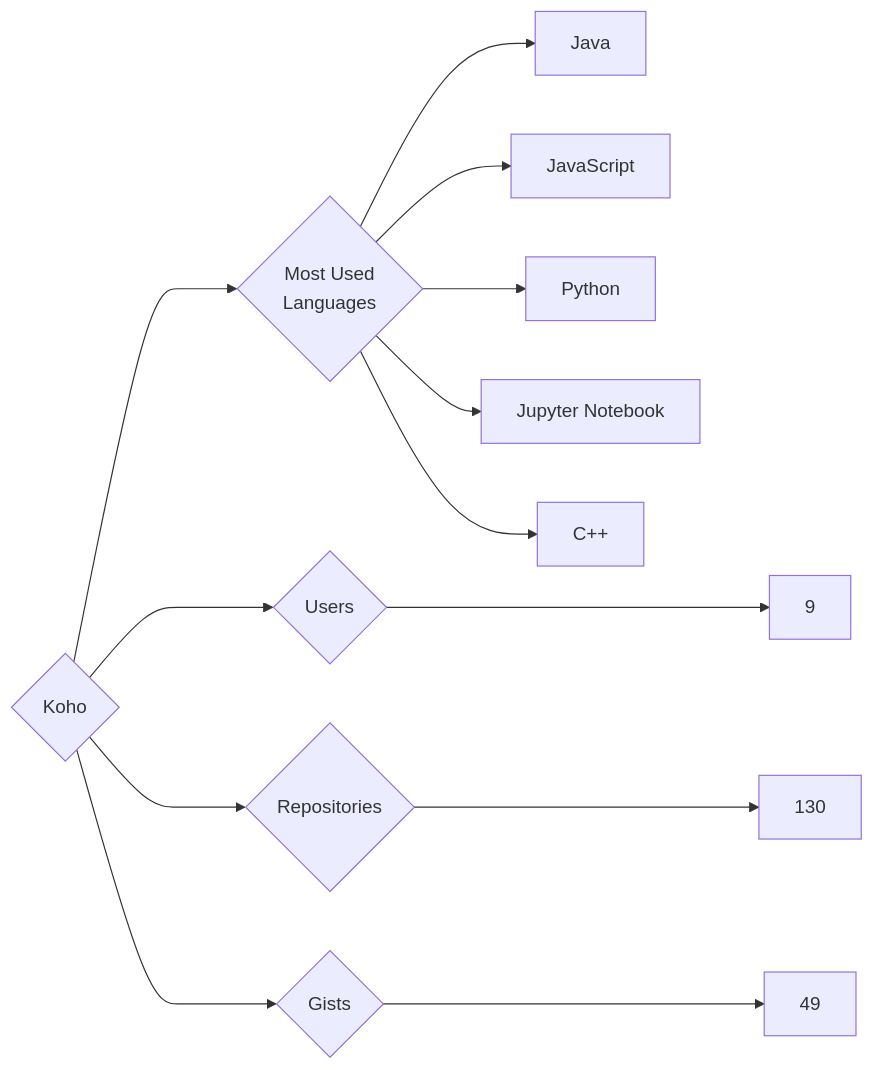
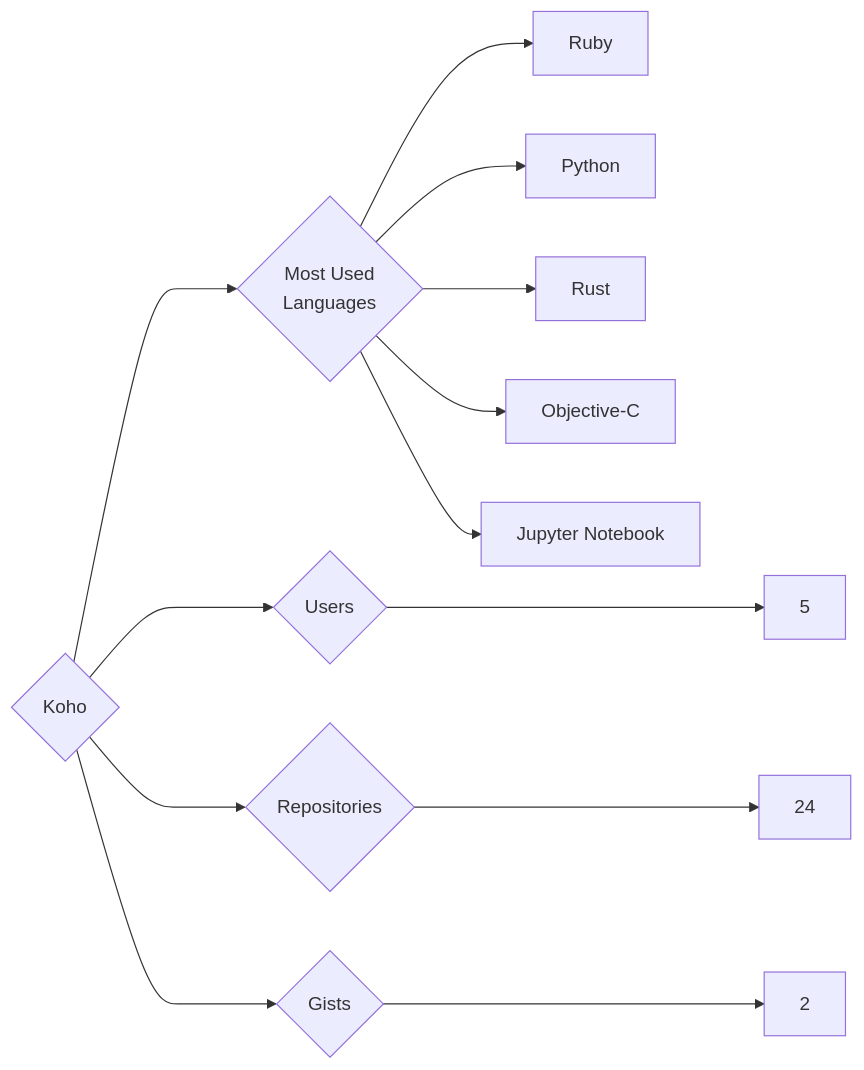
The diagram in targets/Koho/README.md (trickest/insiders), drawn with Mermaid before and after one commit. The commit also changed 888 other files, not shown here.

````diff
--- a/targets/Koho/README.md
+++ b/targets/Koho/README.md
@@ -3,13 +3,13 @@
 ```mermaid
 graph LR
 COMPANY_NAME{Koho}
-COMPANY_NAME ---> U{Users} ---> UN[9]
-COMPANY_NAME ---> R{Repositories} ---> RN[130]
-COMPANY_NAME ---> G{Gists} ---> GN[49]
+COMPANY_NAME ---> U{Users} ---> UN[5]
+COMPANY_NAME ---> R{Repositories} ---> RN[24]
+COMPANY_NAME ---> G{Gists} ---> GN[2]
 COMPANY_NAME ---> ML{Most Used<br>Languages}
-ML --> Java[Java]
-ML --> JavaScript[JavaScript]
+ML --> Ruby[Ruby]
 ML --> Python[Python]
+ML --> Rust[Rust]
+ML --> Objective-C[Objective-C]
 ML --> Jupyter_Notebook[Jupyter Notebook]
-ML --> C++[C++]
 ```
````
